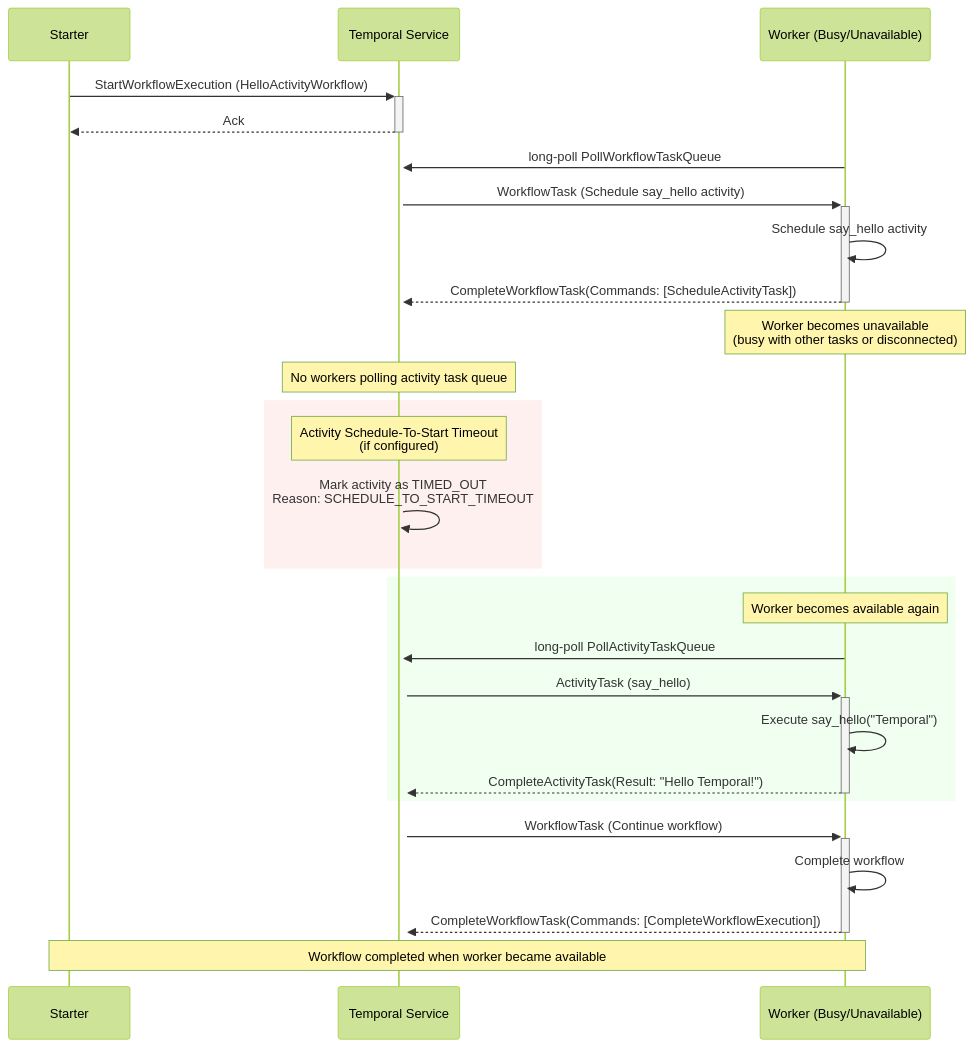
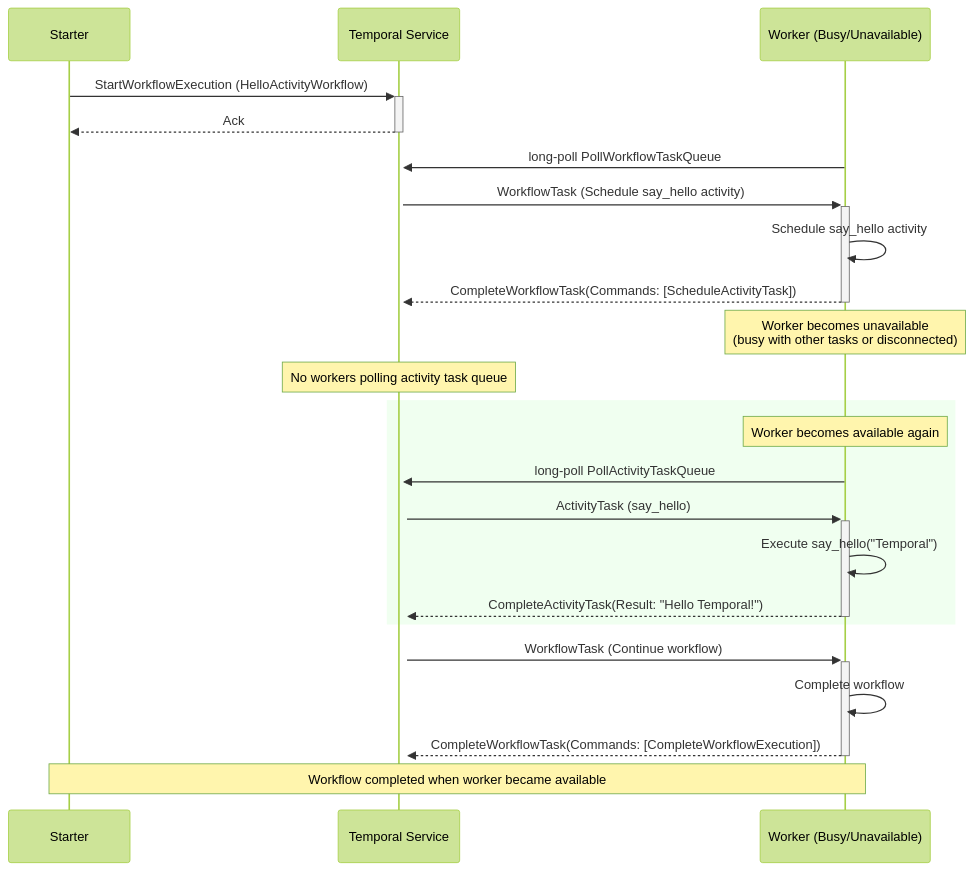
Before and after one commit to mfateev/musings: the second of 3 diagrams in hello-activity/activity-failure-scenarios.md, drawn with Mermaid (forest theme). The commit also changed other lines of this file, not shown here.

Commit message:
Improved activity-failure-scenarios

````diff
--- a/hello-activity/activity-failure-scenarios.md
+++ b/hello-activity/activity-failure-scenarios.md
@@ -105,39 +105,34 @@
 ```mermaid
 sequenceDiagram
     participant S as Starter
     participant TS as Temporal Service
     participant W as Worker (Busy/Unavailable)
     
     S->>+TS: StartWorkflowExecution (HelloActivityWorkflow)
     TS-->>-S: Ack
     
     W->>+TS: long-poll PollWorkflowTaskQueue
     TS->>+W: WorkflowTask (Schedule say_hello activity)
     W->>W: Schedule say_hello activity
     W-->>-TS: CompleteWorkflowTask(Commands: [ScheduleActivityTask])
     
     Note over W: Worker becomes unavailable<br/>(busy with other tasks or disconnected)
     
     Note over TS: No workers polling activity task queue
-    
-    rect rgb(255, 240, 240)
-        Note over TS: Activity Schedule-To-Start Timeout<br/>(if configured)
-        TS->>TS: Mark activity as TIMED_OUT<br/>Reason: SCHEDULE_TO_START_TIMEOUT
-    end
-    
+        
     rect rgb(240, 255, 240)
         Note over W: Worker becomes available again
         
         W->>+TS: long-poll PollActivityTaskQueue
         
         TS->>+W: ActivityTask (say_hello)
         W->>W: Execute say_hello("Temporal")
         W-->>-TS: CompleteActivityTask(Result: "Hello Temporal!")
     end
     
     TS->>+W: WorkflowTask (Continue workflow)
     W->>W: Complete workflow
     W-->>-TS: CompleteWorkflowTask(Commands: [CompleteWorkflowExecution])
     
     Note over S,W: Workflow completed when worker became available
 ```
````
